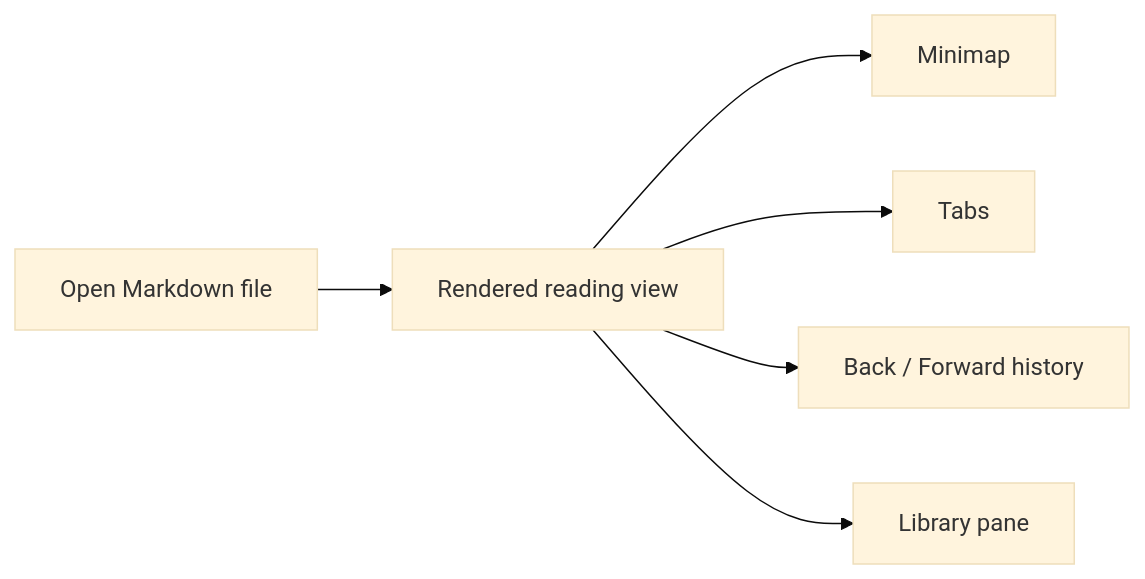
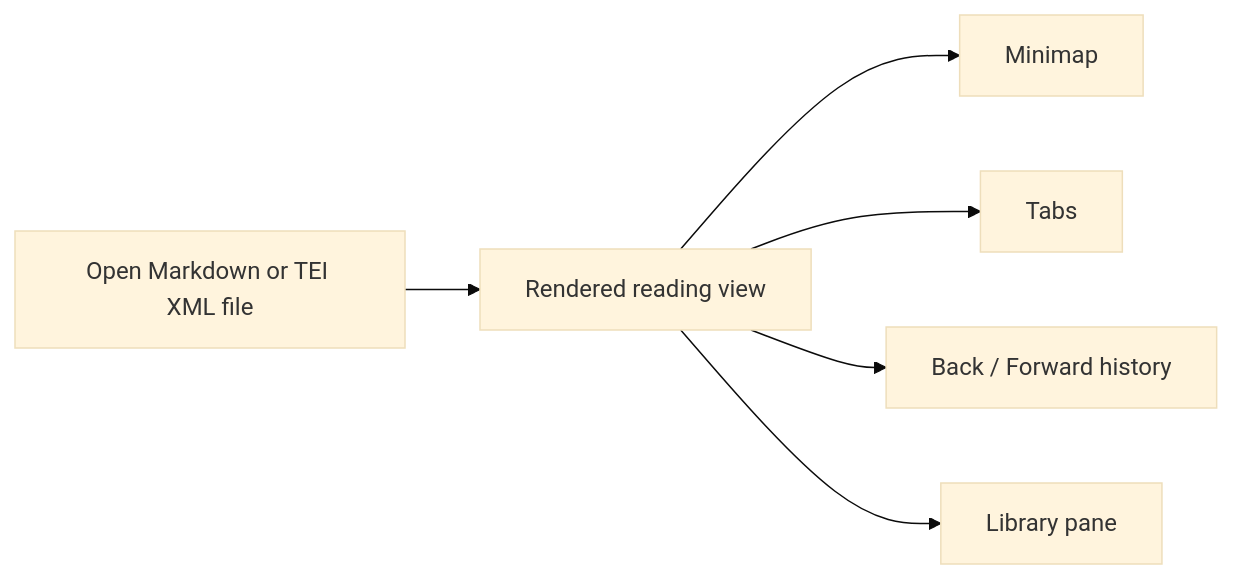
Before and after one commit to ryanallen/leaftext: the diagram in docs/introduction.md, drawn with Mermaid (base theme). The commit also changed other lines of this file and 6 other files, not shown here.

Commit message:
TEI XML reader parity: minimap + Arabic footnotes with shared back icon; docs reflect Markdown + TEI XML

````diff
--- a/docs/introduction.md
+++ b/docs/introduction.md
@@ -31,8 +31,8 @@
 ```mermaid
 flowchart LR
-    A[Open Markdown file] --> B[Rendered reading view]
+    A[Open Markdown or TEI XML file] --> B[Rendered reading view]
     B --> C[Minimap]
     B --> D[Tabs]
     B --> E[Back / Forward history]
     B --> F[Library pane]
 ```
````
